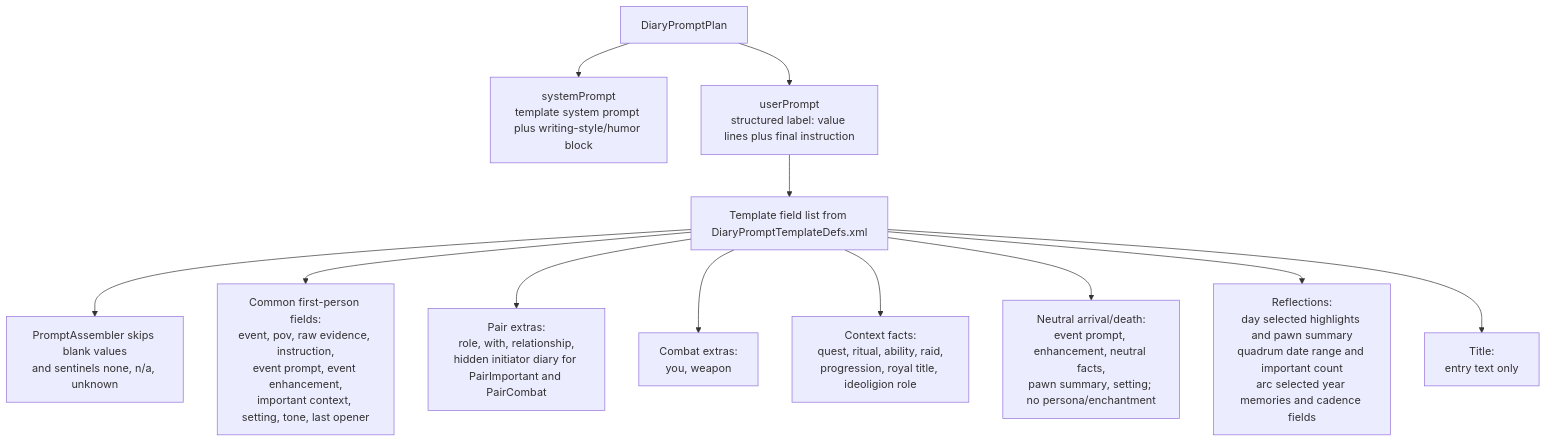
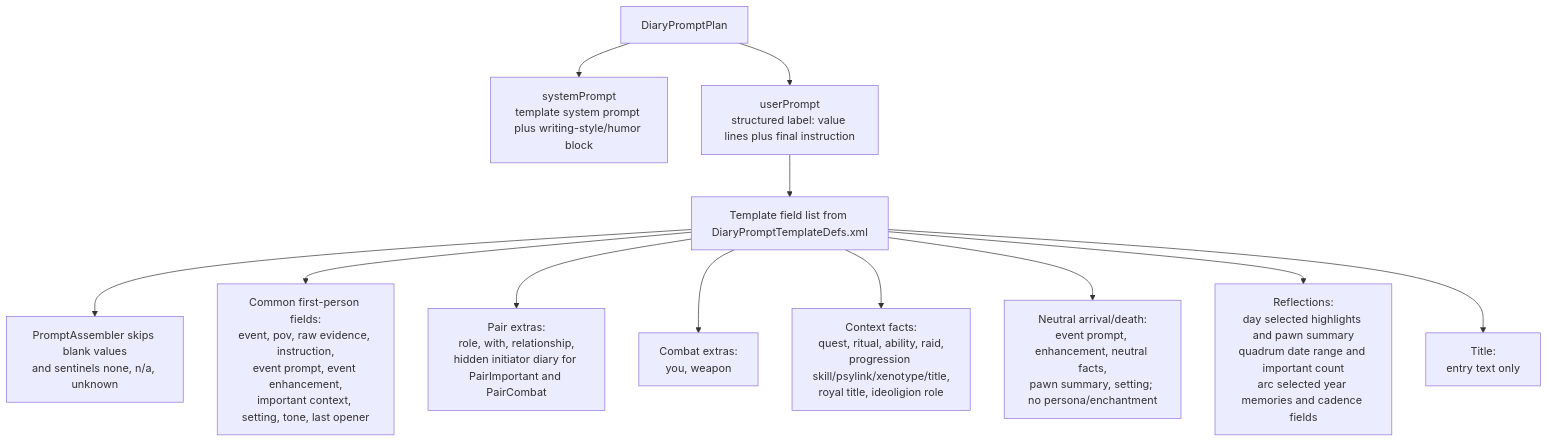
One commit to aimmlegate/PawnDiary changed the sixth of 6 diagrams in EVENT_PROMPT_MAP.md. Above: the diagram before and after it, drawn with Mermaid. The commit also changed other lines of this file and 4 other files, not shown here.

````diff
--- a/EVENT_PROMPT_MAP.md
+++ b/EVENT_PROMPT_MAP.md
@@ -467,14 +469,14 @@
 ```mermaid
 flowchart TD
     Plan["DiaryPromptPlan"] --> System["systemPrompt<br/>template system prompt plus writing-style/humor block"]
     Plan --> User["userPrompt<br/>structured label: value lines plus final instruction"]
     User --> Fields["Template field list from DiaryPromptTemplateDefs.xml"]
     Fields --> Skip["PromptAssembler skips blank values<br/>and sentinels none, n/a, unknown"]
     Fields --> Common["Common first-person fields:<br/>event, pov, raw evidence, instruction,<br/>event prompt, event enhancement,<br/>important context, setting, tone, last opener"]
     Fields --> PairFields["Pair extras:<br/>role, with, relationship,<br/>hidden initiator diary for PairImportant and PairCombat"]
     Fields --> CombatFields["Combat extras:<br/>you, weapon"]
-    Fields --> SourceFacts["Context facts:<br/>quest, ritual, ability, raid,<br/>progression, royal title, ideoligion role"]
+    Fields --> SourceFacts["Context facts:<br/>quest, ritual, ability, raid,<br/>progression skill/psylink/xenotype/title,<br/>royal title, ideoligion role"]
     Fields --> Boundary["Neutral arrival/death:<br/>event prompt, enhancement, neutral facts,<br/>pawn summary, setting; no persona/enchantment"]
     Fields --> Reflection["Reflections:<br/>day selected highlights and pawn summary<br/>quadrum date range and important count<br/>arc selected year memories and cadence fields"]
     Fields --> Title["Title:<br/>entry text only"]
 ```
````
